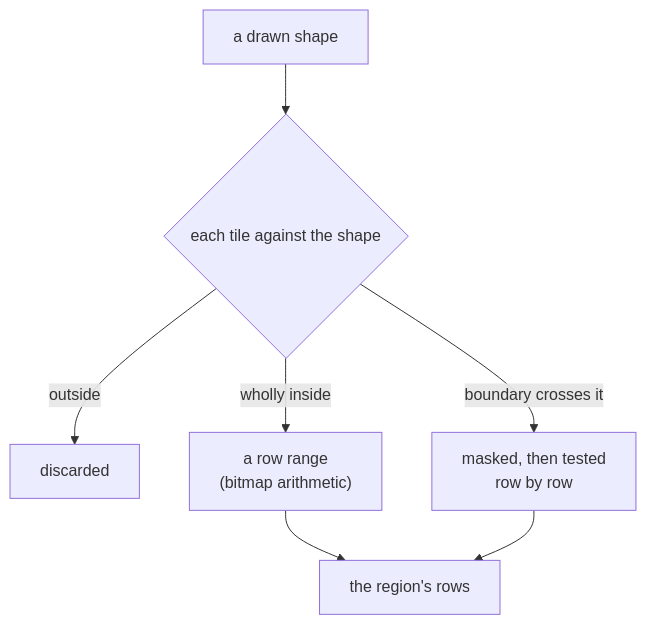
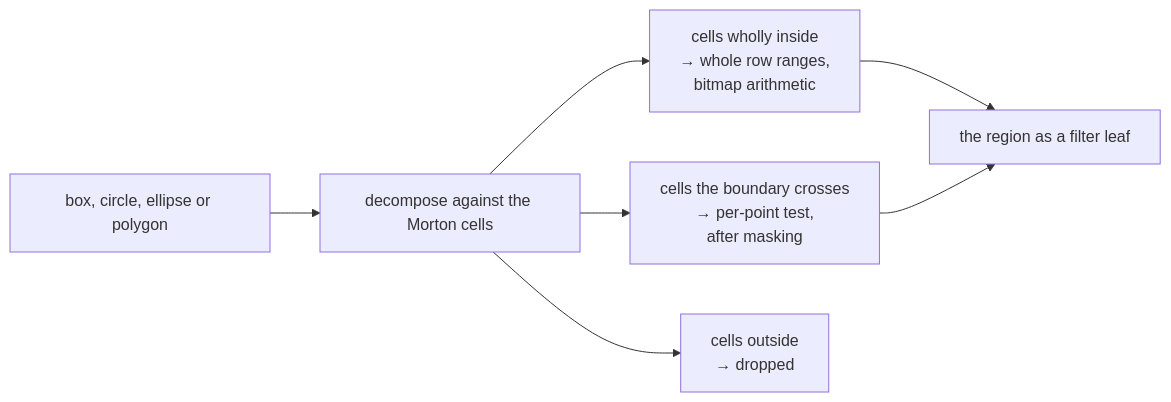
The third of 3 diagrams in docs/system/queries.md (jennis0/tesseradb), drawn with Mermaid before and after one commit. The commit also changed other lines of this file, not shown here.

Commit message:
docs(system): queries: diagrams redrawn; one antithesis removed

````diff
--- a/docs/system/queries.md
+++ b/docs/system/queries.md
@@ -133,9 +145,9 @@
 ```mermaid
-flowchart TD
-  shape["a drawn shape"] --> classify{"each tile against the shape"}
-  classify -->|outside| discard["discarded"]
-  classify -->|wholly inside| range["a row range<br/>(bitmap arithmetic)"]
-  classify -->|boundary crosses it| test["masked, then tested<br/>row by row"]
-  range --> rows["the region's rows"]
-  test --> rows
+flowchart LR
+  shape["box, circle, ellipse or polygon"] --> decomp["decompose against the Morton cells"]
+  decomp --> inside["cells wholly inside<br/>→ whole row ranges,<br/>bitmap arithmetic"]
+  decomp --> edge["cells the boundary crosses<br/>→ per-point test,<br/>after masking"]
+  decomp --> outside["cells outside<br/>→ dropped"]
+  inside --> leaf["the region as a filter leaf"]
+  edge --> leaf
 ```
````
